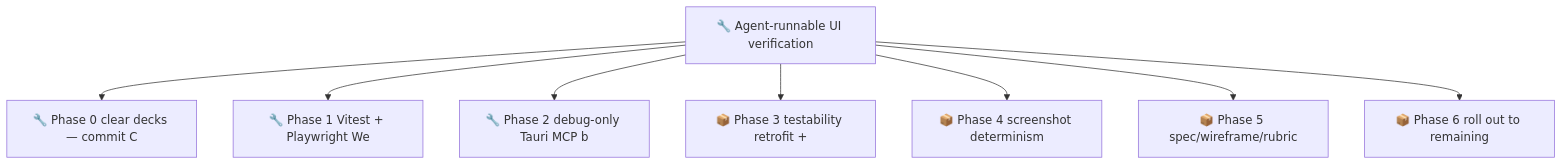
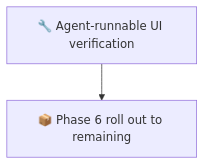
The second of 2 diagrams in docs/roadmap.md (SpillwaveSolutions/forge-notes), drawn with Mermaid before and after one commit. The commit also changed other lines of this file and 27 other files, not shown here.

````diff
--- a/docs/roadmap.md
+++ b/docs/roadmap.md
@@ -68,18 +50,6 @@
 ```mermaid
 graph TD
     01KYZ8X1X1V76HYNK8B5JYMD9W["🔧 Agent-runnable UI verification"]
-    01KYZ8XKMKNZXG4VH7JD53QVJ6["🔧 Phase 0 clear decks — commit C"]
-    01KYZ8XKS8JTKW475Z0V18GSYF["🔧 Phase 1 Vitest + Playwright We"]
-    01KYZ8XKXZHJ767E31NKS05WPR["🔧 Phase 2 debug-only Tauri MCP b"]
-    01KYZ8XM2SCZG43J0MD59P4ZHK["📦 Phase 3 testability retrofit +"]
-    01KYZ8XM7DGK443WDFCVJTVC40["📦 Phase 4 screenshot determinism"]
-    01KYZ8XMBYBDR7M7V95CZZ63F3["📦 Phase 5 spec/wireframe/rubric"]
     01KYZ8XMGPWDJ8KXXK23KV47NT["📦 Phase 6 roll out to remaining"]
-    01KYZ8X1X1V76HYNK8B5JYMD9W --> 01KYZ8XKMKNZXG4VH7JD53QVJ6
-    01KYZ8X1X1V76HYNK8B5JYMD9W --> 01KYZ8XKS8JTKW475Z0V18GSYF
-    01KYZ8X1X1V76HYNK8B5JYMD9W --> 01KYZ8XKXZHJ767E31NKS05WPR
-    01KYZ8X1X1V76HYNK8B5JYMD9W --> 01KYZ8XM2SCZG43J0MD59P4ZHK
-    01KYZ8X1X1V76HYNK8B5JYMD9W --> 01KYZ8XM7DGK443WDFCVJTVC40
-    01KYZ8X1X1V76HYNK8B5JYMD9W --> 01KYZ8XMBYBDR7M7V95CZZ63F3
     01KYZ8X1X1V76HYNK8B5JYMD9W --> 01KYZ8XMGPWDJ8KXXK23KV47NT
 ```
````
